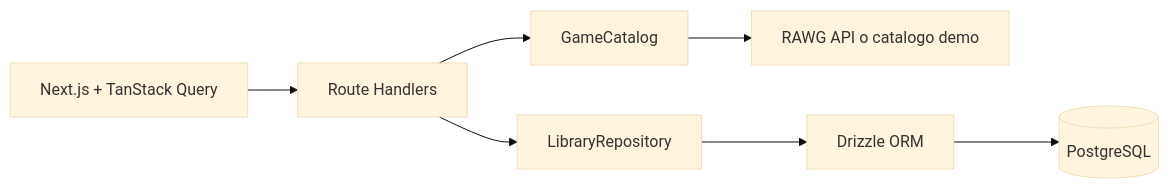
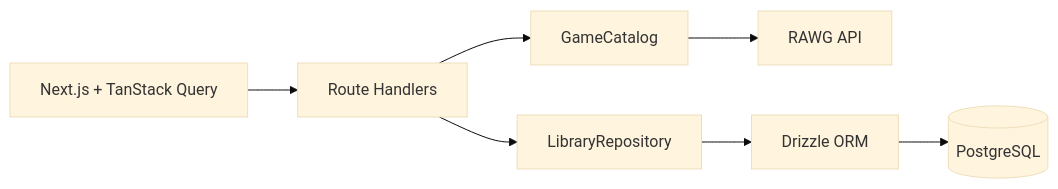
The diagram in README.md (EliaGuarnieri/checkpoint), drawn with Mermaid (base theme) before and after one commit. The commit also changed other lines of this file and 15 other files, not shown here.

Commit message:
feat: Enhance database configuration and improve RAWG API integration

````diff
--- a/README.md
+++ b/README.md
@@ -71,9 +80,9 @@
 ```mermaid
 flowchart LR
   UI[Next.js + TanStack Query] --> API[Route Handlers]
   API --> Catalog[GameCatalog]
   API --> Library[LibraryRepository]
-  Catalog --> Rawg[RAWG API o catalogo demo]
+  Catalog --> Rawg[RAWG API]
   Library --> Drizzle[Drizzle ORM]
   Drizzle --> Postgres[(PostgreSQL)]
 ```
````
